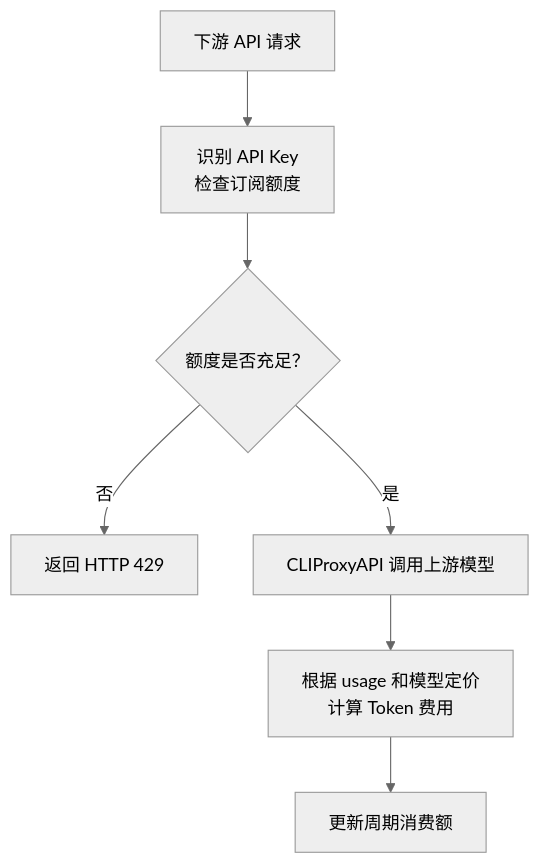
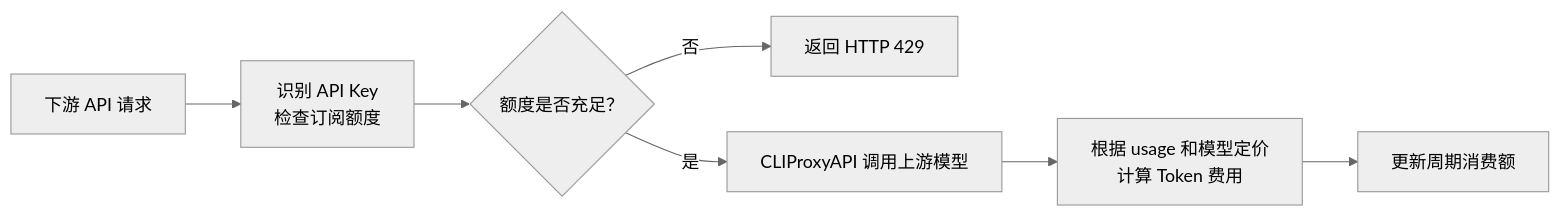
One commit to haowang02/cpa-plugin-key-billing changed the diagram in README.md. Above: the diagram before and after it, drawn with Mermaid (neutral theme). The commit also changed other lines of this file, not shown here.

Commit message:
docs: update README roadmap

````diff
--- a/README.md
+++ b/README.md
@@ -15,9 +15,9 @@
 ```mermaid
-flowchart TD
+flowchart LR
     A[下游 API 请求] --> B[识别 API Key<br/>检查订阅额度]
     B --> C{额度是否充足？}
     C -- 否 --> D[返回 HTTP 429]
     C -- 是 --> E[CLIProxyAPI 调用上游模型]
     E --> F[根据 usage 和模型定价<br/>计算 Token 费用]
     F --> G[更新周期消费额]
 ```
````
